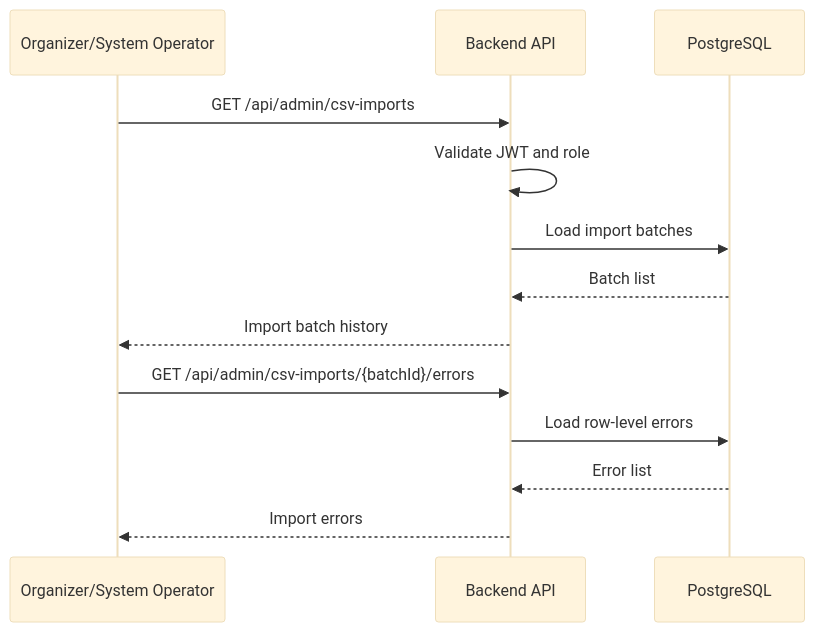
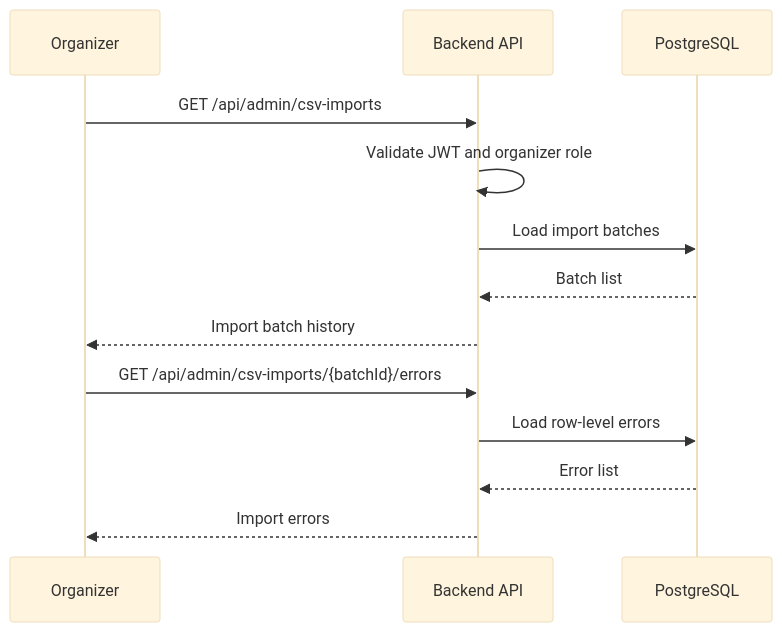
The fourth of 4 diagrams in blueprint/specs/csv-import.md (NguyenThanhTien539/unihub-workshop-system), drawn with Mermaid (base theme) before and after one commit. The commit also changed other lines of this file and 8 other files, not shown here.

````diff
--- a/blueprint/specs/csv-import.md
+++ b/blueprint/specs/csv-import.md
@@ -137,17 +130,17 @@
 ```mermaid
 sequenceDiagram
-    participant Admin as Organizer/System Operator
+    participant O as Organizer
     participant API as Backend API
     participant DB as PostgreSQL
 
-    Admin->>API: GET /api/admin/csv-imports
-    API->>API: Validate JWT and role
+    O->>API: GET /api/admin/csv-imports
+    API->>API: Validate JWT and organizer role
     API->>DB: Load import batches
     DB-->>API: Batch list
-    API-->>Admin: Import batch history
+    API-->>O: Import batch history
 
-    Admin->>API: GET /api/admin/csv-imports/{batchId}/errors
+    O->>API: GET /api/admin/csv-imports/{batchId}/errors
     API->>DB: Load row-level errors
     DB-->>API: Error list
-    API-->>Admin: Import errors
+    API-->>O: Import errors
 ```
````
